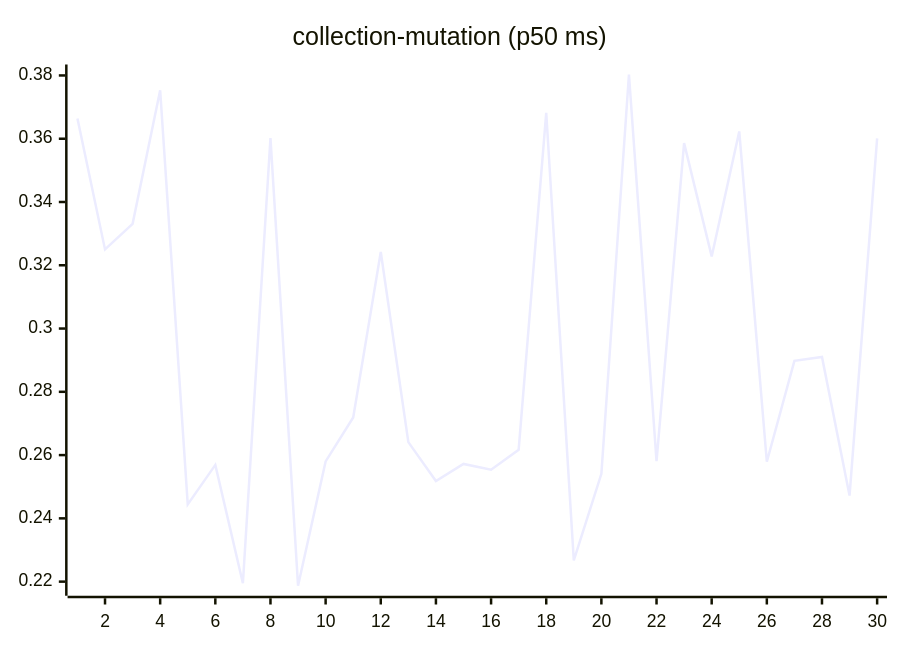
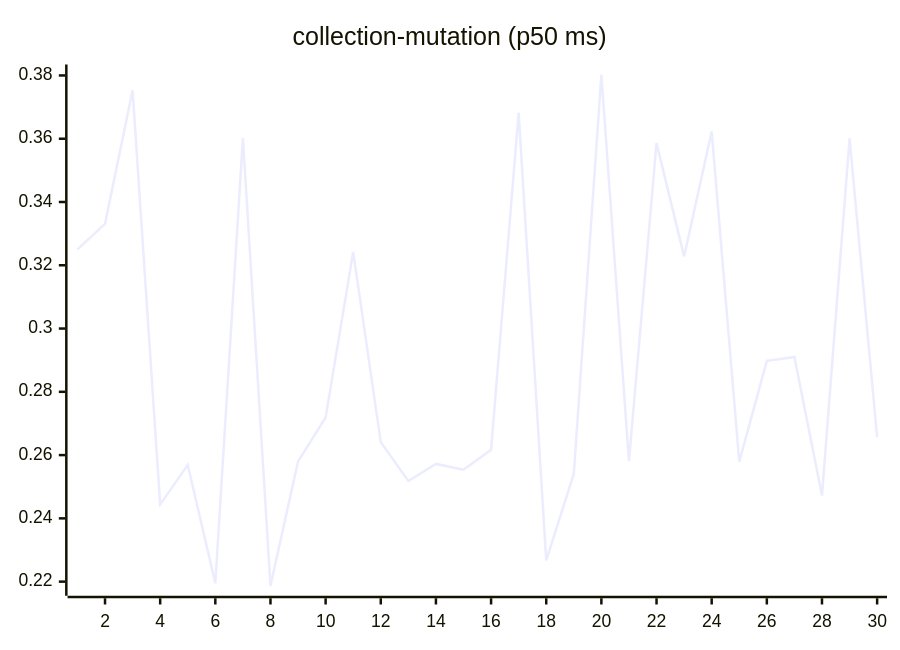
One commit to josha/Facet changed the sixth of 27 diagrams in README.md. Above: the diagram before and after it, drawn with Mermaid. The commit also changed other lines of this file and 2 other files, not shown here.

````diff
--- a/README.md
+++ b/README.md
@@ -98,6 +98,6 @@
 ```mermaid
 xychart-beta
     title "collection-mutation (p50 ms)"
     x-axis 1 --> 30
-    line [0.3664, 0.3250, 0.3331, 0.3753, 0.2444, 0.2569, 0.2195, 0.3602, 0.2187, 0.2580, 0.2719, 0.3242, 0.2641, 0.2518, 0.2572, 0.2554, 0.2617, 0.3682, 0.2267, 0.2541, 0.3803, 0.2581, 0.3586, 0.3228, 0.3623, 0.2579, 0.2898, 0.2910, 0.2472, 0.3601]
+    line [0.3250, 0.3331, 0.3753, 0.2444, 0.2569, 0.2195, 0.3602, 0.2187, 0.2580, 0.2719, 0.3242, 0.2641, 0.2518, 0.2572, 0.2554, 0.2617, 0.3682, 0.2267, 0.2541, 0.3803, 0.2581, 0.3586, 0.3228, 0.3623, 0.2579, 0.2898, 0.2910, 0.2472, 0.3601, 0.2657]
 ```
````
